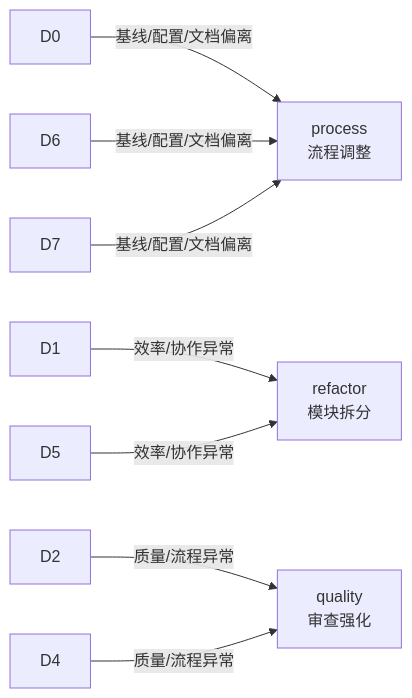
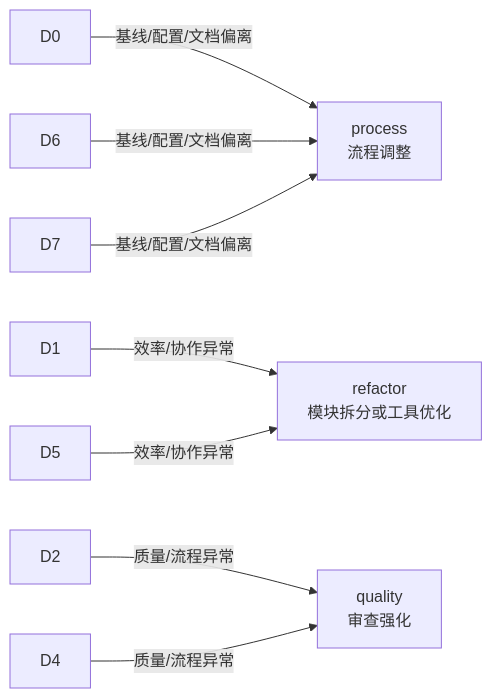
Before and after one commit to effiy/YrY: the seventh of 14 diagrams in rules/self-improve.md, drawn with Mermaid. The commit also changed other lines of this file and 4 other files, not shown here.

````diff
--- a/rules/self-improve.md
+++ b/rules/self-improve.md
@@ -117,7 +189,7 @@
 ```mermaid
 flowchart LR
     D0 & D6 & D7 -->|"基线/配置/文档偏离"| PRC["process<br/>流程调整"]:::prop
-    D1 & D5 -->|"效率/协作异常"| REF["refactor<br/>模块拆分"]:::prop
+    D1 & D5 -->|"效率/协作异常"| REF["refactor<br/>模块拆分或工具优化"]:::prop
     D2 & D4 -->|"质量/流程异常"| QLT["quality<br/>审查强化"]:::prop
 
 ```
````
